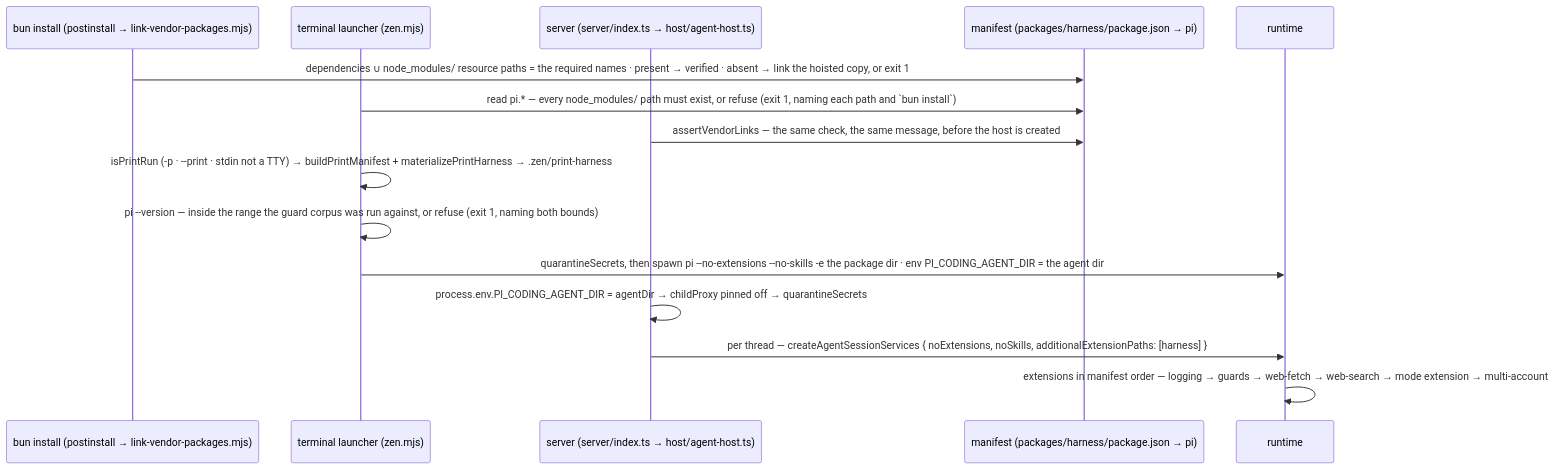
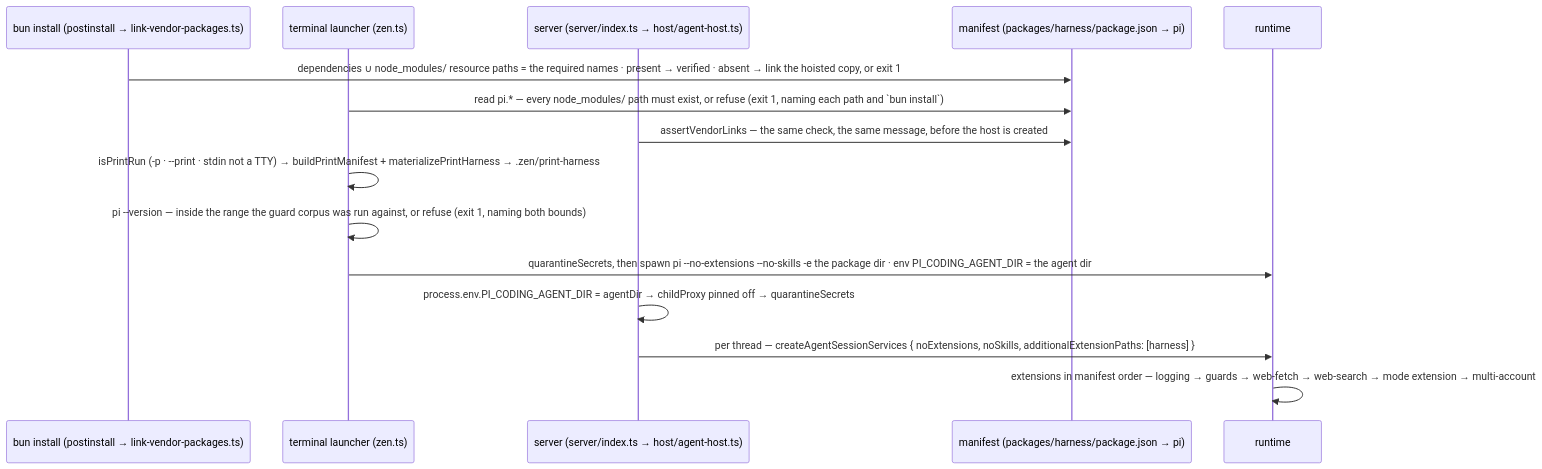
Before and after one commit to dopamine911/enso-harness: the diagram in docs/flows/boot-and-launchers.md, drawn with Mermaid. The commit also changed other lines of this file and 46 other files, not shown here.

````diff
--- a/docs/flows/boot-and-launchers.md
+++ b/docs/flows/boot-and-launchers.md
@@ -11,18 +11,18 @@
 ```mermaid
 sequenceDiagram
-  participant I as bun install (postinstall → link-vendor-packages.mjs)
-  participant Z as terminal launcher (zen.mjs)
+  participant I as bun install (postinstall → link-vendor-packages.ts)
+  participant Z as terminal launcher (zen.ts)
   participant S as server (server/index.ts → host/agent-host.ts)
   participant M as manifest (packages/harness/package.json → pi)
   participant R as runtime
 
   I->>M: dependencies ∪ node_modules/ resource paths = the required names · present → verified · absent → link the hoisted copy, or exit 1
   Z->>M: read pi.* — every node_modules/ path must exist, or refuse (exit 1, naming each path and `bun install`)
   S->>M: assertVendorLinks — the same check, the same message, before the host is created
   Z->>Z: isPrintRun (-p · --print · stdin not a TTY) → buildPrintManifest + materializePrintHarness → .zen/print-harness
   Z->>Z: pi --version — inside the range the guard corpus was run against, or refuse (exit 1, naming both bounds)
   Z->>R: quarantineSecrets, then spawn pi --no-extensions --no-skills -e the package dir · env PI_CODING_AGENT_DIR = the agent dir
   S->>S: process.env.PI_CODING_AGENT_DIR = agentDir → childProxy pinned off → quarantineSecrets
   S->>R: per thread — createAgentSessionServices { noExtensions, noSkills, additionalExtensionPaths: [harness] }
   R->>R: extensions in manifest order — logging → guards → web-fetch → web-search → mode extension → multi-account
 ```
````
